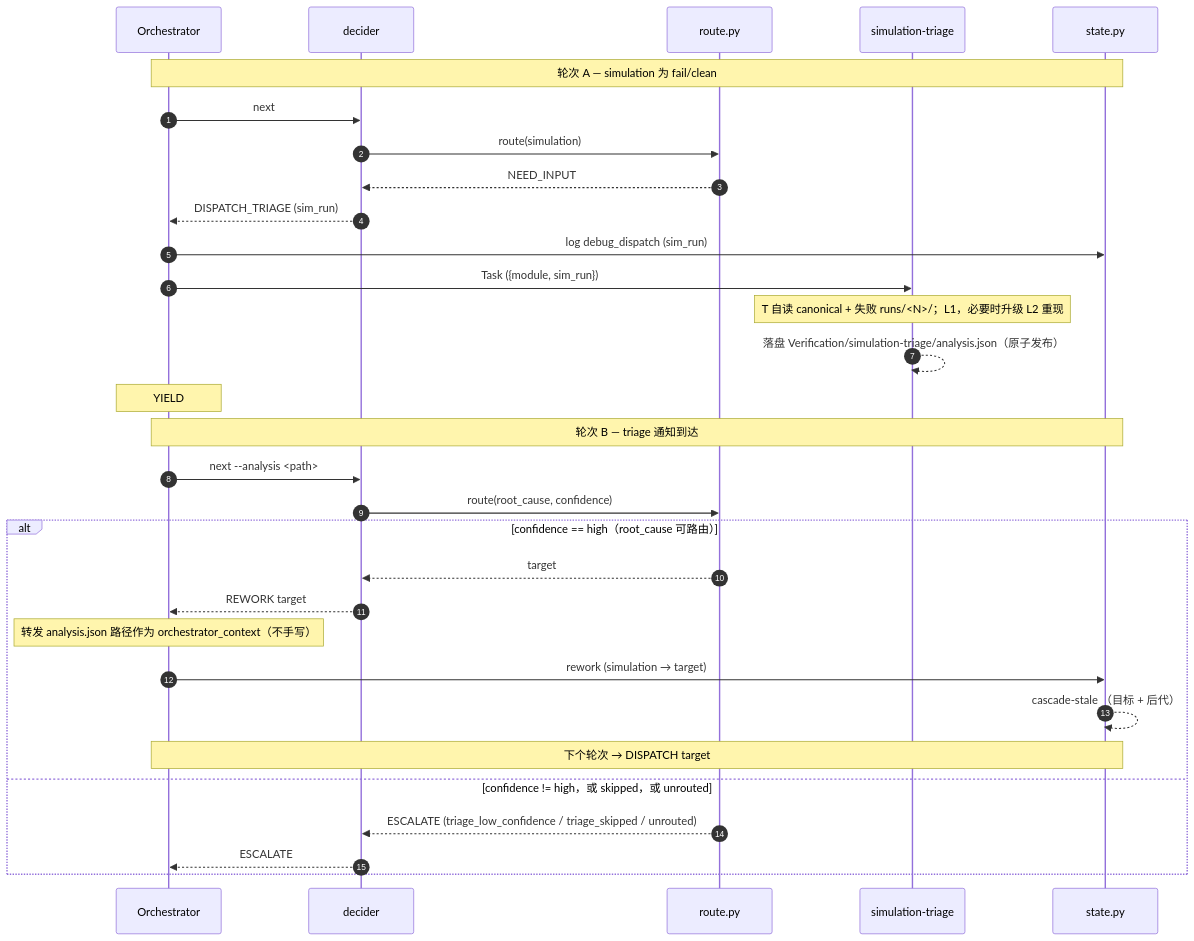
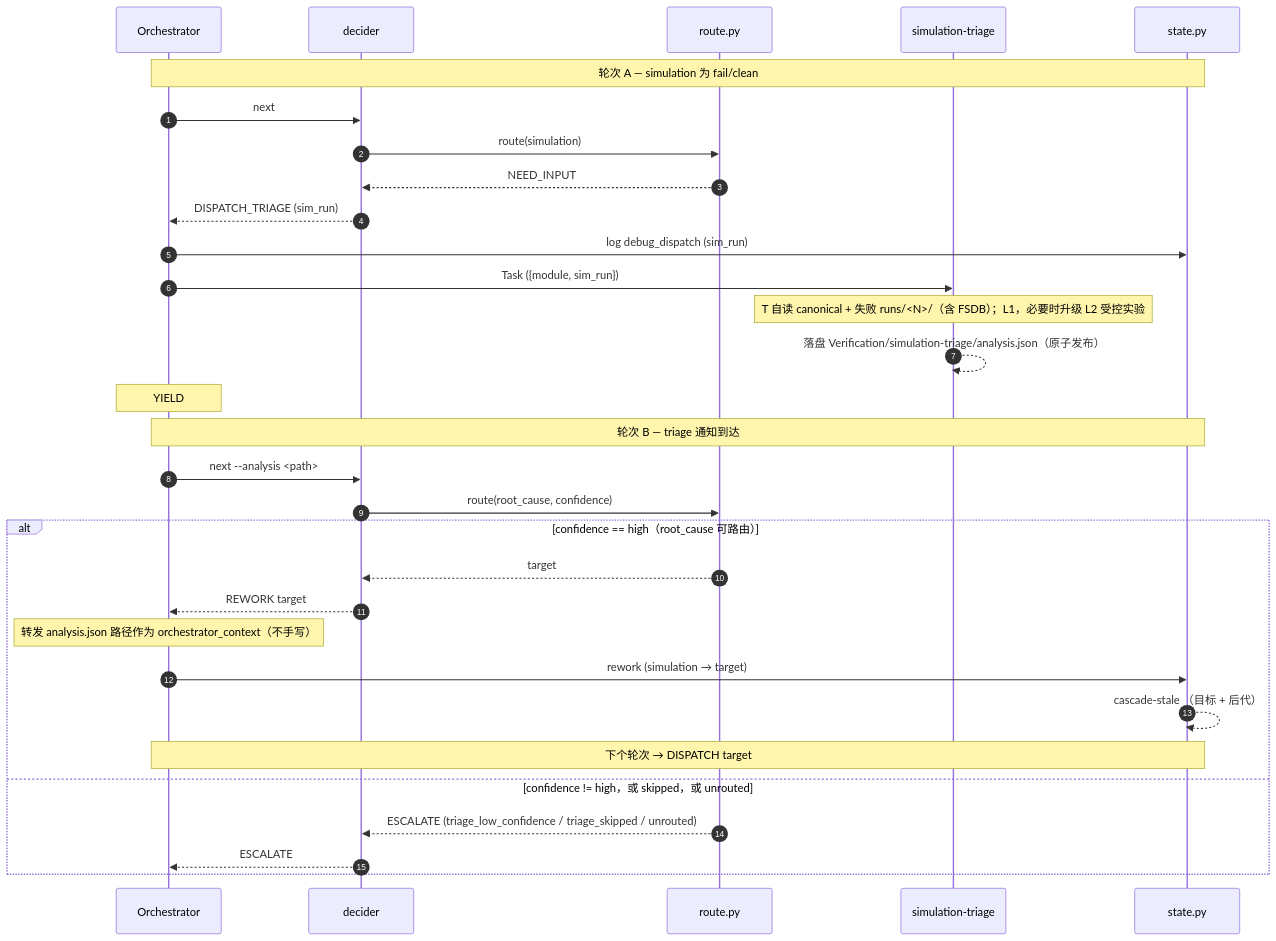
One commit to chipweaver/veripower changed the third of 3 diagrams in ARCHITECTURE.zh.md. Above: the diagram before and after it, drawn with Mermaid. The commit also changed other lines of this file and 2 other files, not shown here.

First line of the commit message:
docs(architecture): L1 reads the failing-run FSDB; L2 is a controlled experiment

````diff
--- a/ARCHITECTURE.zh.md
+++ b/ARCHITECTURE.zh.md
@@ -409,33 +409,33 @@
 ```mermaid
 sequenceDiagram
     autonumber
     participant O as Orchestrator
     participant R as decider
     participant RT as route.py
     participant T as simulation-triage
     participant S as state.py
     Note over O,S: 轮次 A — simulation 为 fail/clean
     O->>R: next
     R->>RT: route(simulation)
     RT-->>R: NEED_INPUT
     R-->>O: DISPATCH_TRIAGE (sim_run)
     O->>S: log debug_dispatch (sim_run)
     O->>T: Task ({module, sim_run})
-    Note over T: T 自读 canonical + 失败 runs/<N>/；L1，必要时升级 L2 重现
+    Note over T: T 自读 canonical + 失败 runs/<N>/（含 FSDB）；L1，必要时升级 L2 受控实验
     T-->>T: 落盘 Verification/simulation-triage/analysis.json（原子发布）
     Note over O: YIELD
     Note over O,S: 轮次 B — triage 通知到达
     O->>R: next --analysis <path>
     R->>RT: route(root_cause, confidence)
     alt confidence == high（root_cause 可路由）
         RT-->>R: target
         R-->>O: REWORK target
         Note over O: 转发 analysis.json 路径作为 orchestrator_context（不手写）
         O->>S: rework (simulation → target)
         S-->>S: cascade-stale （目标 + 后代）
         Note over O,S: 下个轮次 → DISPATCH target
     else confidence != high，或 skipped，或 unrouted
         RT-->>R: ESCALATE (triage_low_confidence / triage_skipped / unrouted)
         R-->>O: ESCALATE
     end
 ```
````
